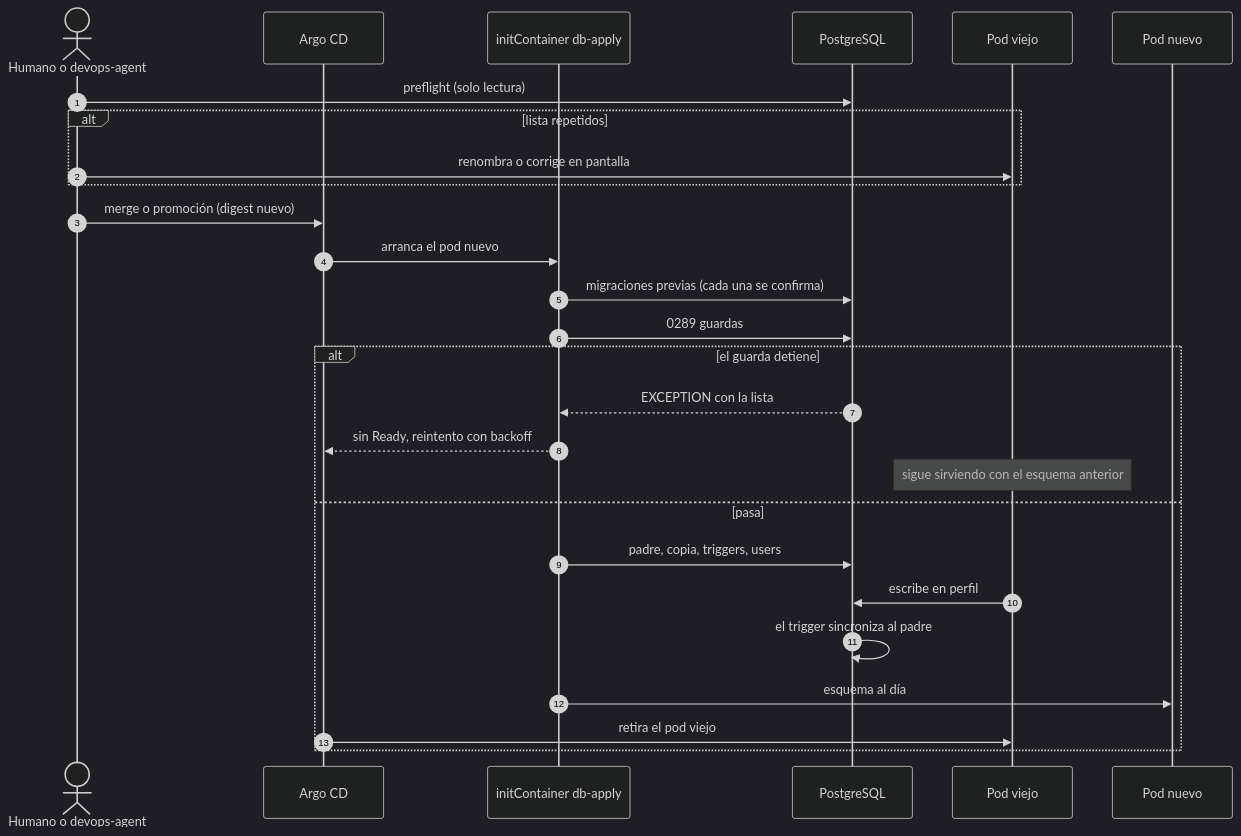
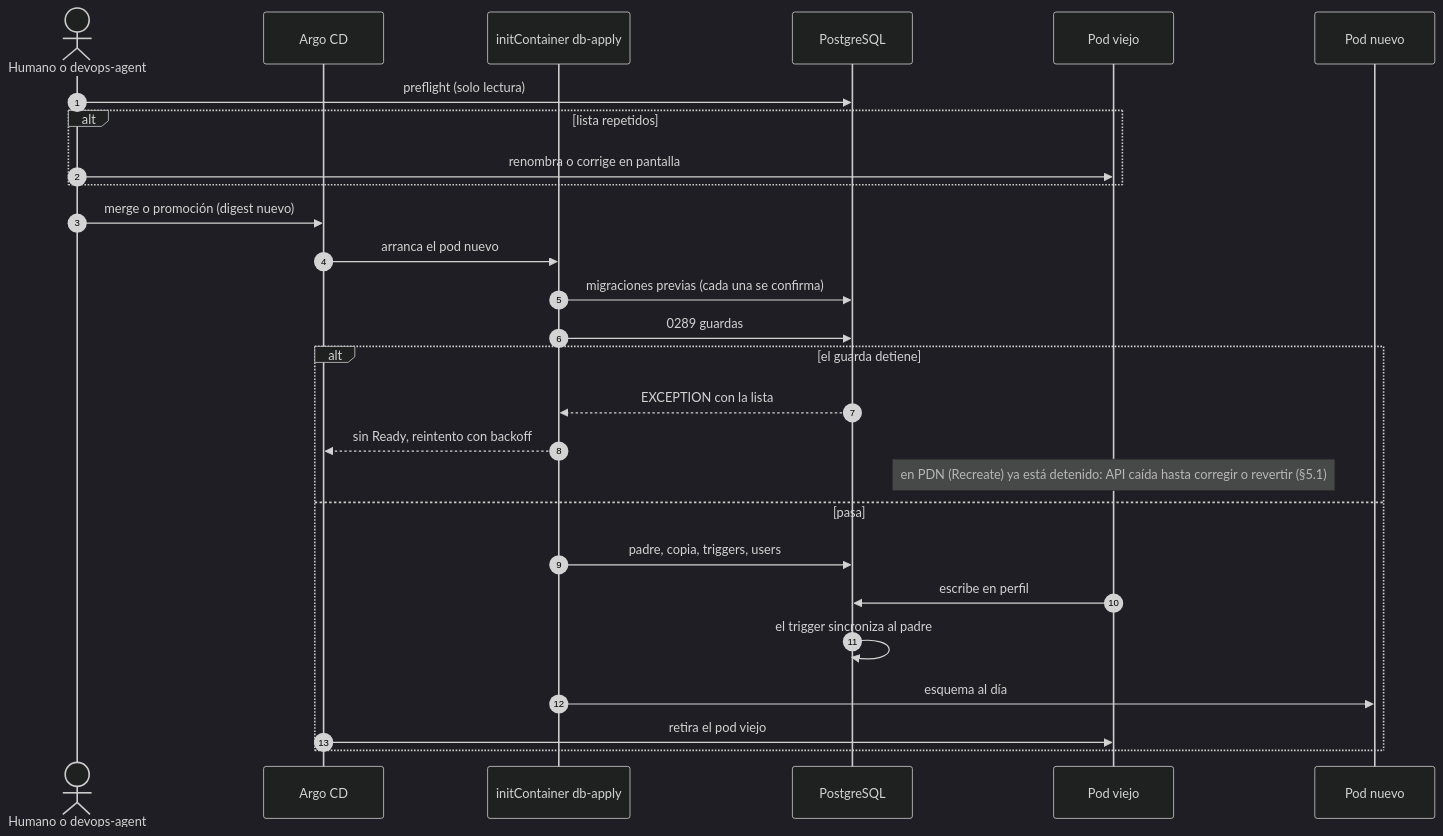
One commit to flitsas/flito changed the first of 2 diagrams in docs/adr/ADR-0039-flito-proveedores-multiservicio-y-logistica-operada-por-proveedor.md. Above: the diagram before and after it, drawn with Mermaid (dark theme). The commit also changed other lines of this file and 3 other files, not shown here.

````diff
--- a/docs/adr/ADR-0039-flito-proveedores-multiservicio-y-logistica-operada-por-proveedor.md
+++ b/docs/adr/ADR-0039-flito-proveedores-multiservicio-y-logistica-operada-por-proveedor.md
@@ -284,29 +284,29 @@
 ```mermaid
 sequenceDiagram
   autonumber
   actor H as Humano o devops-agent
   participant A as Argo CD
   participant I as initContainer db-apply
   participant DB as PostgreSQL
   participant V as Pod viejo
   participant N as Pod nuevo
   H->>DB: preflight (solo lectura)
   alt lista repetidos
     H->>V: renombra o corrige en pantalla
   end
   H->>A: merge o promoción (digest nuevo)
   A->>I: arranca el pod nuevo
   I->>DB: migraciones previas (cada una se confirma)
   I->>DB: 0289 guardas
   alt el guarda detiene
     DB-->>I: EXCEPTION con la lista
     I-->>A: sin Ready, reintento con backoff
-    Note over V: sigue sirviendo con el esquema anterior
+    Note over V: en PDN (Recreate) ya está detenido: API caída hasta corregir o revertir (§5.1)
   else pasa
     I->>DB: padre, copia, triggers, users
     V->>DB: escribe en perfil
     DB->>DB: el trigger sincroniza al padre
     I->>N: esquema al día
     A->>V: retira el pod viejo
   end
 ```
````
